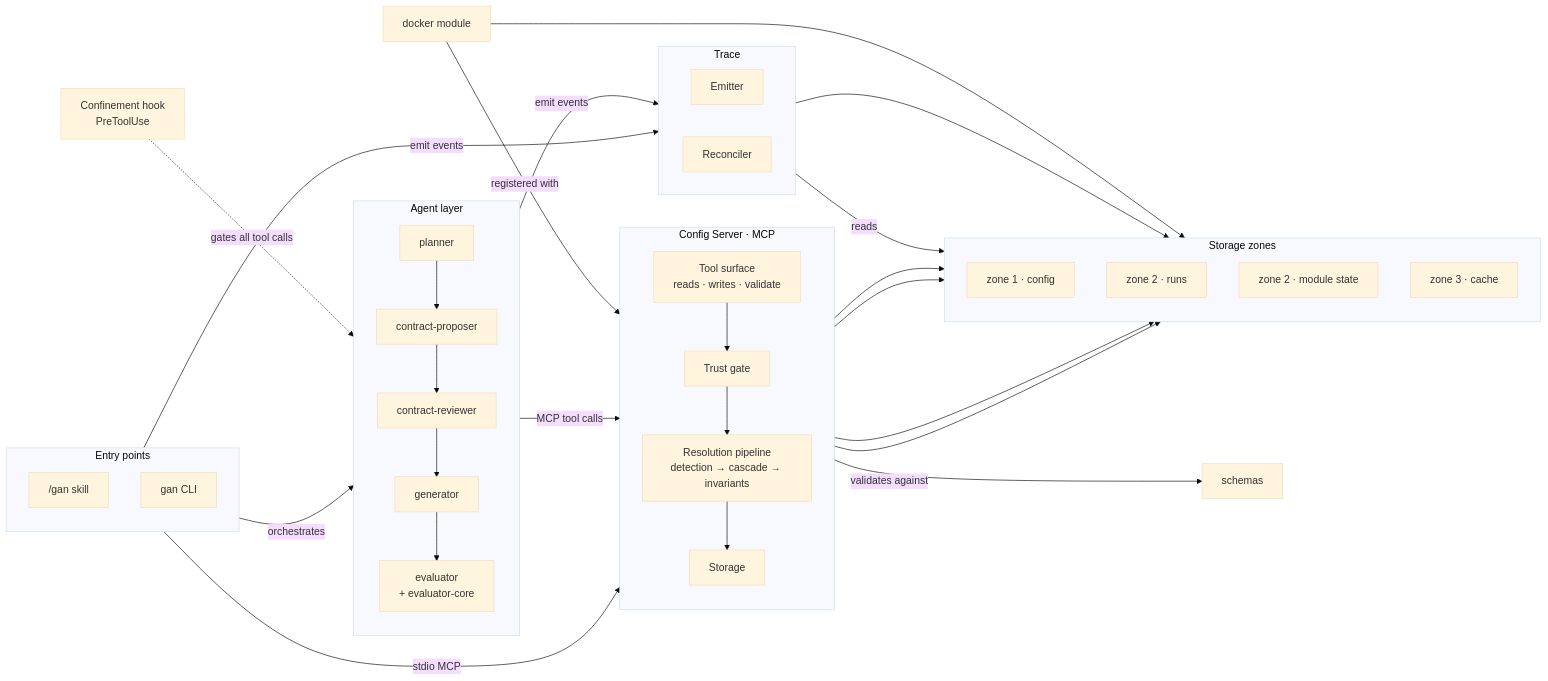
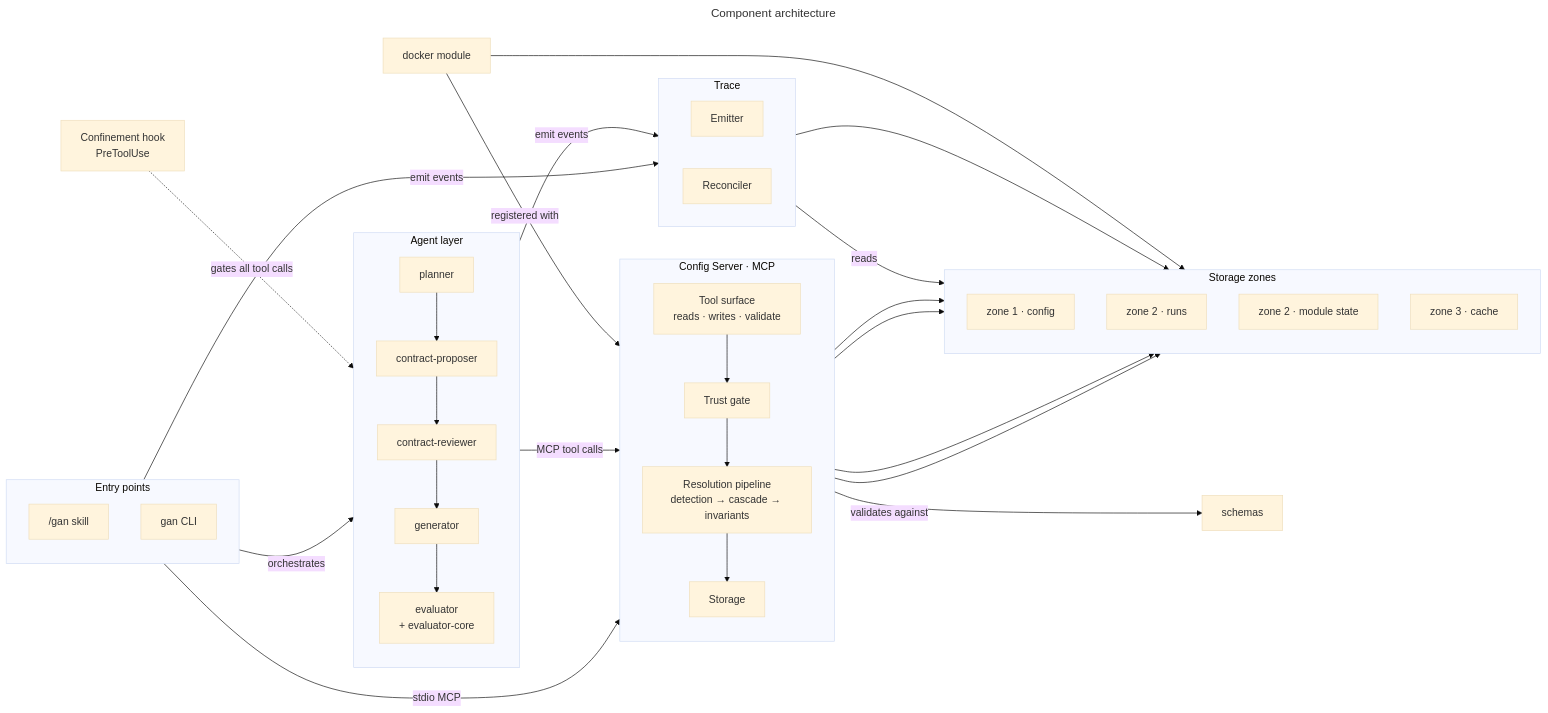
Before and after one commit to Thomas-AppForceOne/ClaudeAgents: the first of 5 diagrams in documentation/subsystem-architecture.md, drawn with Mermaid (base theme). The commit also changed other lines of this file, not shown here.

Commit message:
docs: add Mermaid title frontmatter to each diagram

````diff
--- a/documentation/subsystem-architecture.md
+++ b/documentation/subsystem-architecture.md
@@ -13,54 +13,57 @@
 ```mermaid
+---
+title: Component architecture
+---
 flowchart LR
     subgraph ENTRY["Entry points"]
         direction TB
         SKILL["/gan skill"]
         CLI["gan CLI"]
     end
 
     HOOK["Confinement hook\nPreToolUse"]
 
     subgraph AL["Agent layer"]
         direction TB
         PL["planner"] --> CP["contract-proposer"] --> CR["contract-reviewer"] --> GN["generator"] --> EV["evaluator\n+ evaluator-core"]
     end
 
     subgraph CS["Config Server · MCP"]
         direction TB
         MT["Tool surface\nreads · writes · validate"]
         TG["Trust gate"]
         RP["Resolution pipeline\ndetection → cascade → invariants"]
         ST["Storage"]
         MT --> TG --> RP --> ST
     end
 
     SCH["schemas"]
     DK["docker module"]
 
     subgraph TR["Trace"]
         direction LR
         EM["Emitter"]
         RC["Reconciler"]
     end
 
     subgraph ZN["Storage zones"]
         direction TB
         Z1["zone 1 · config"]
         Z2R["zone 2 · runs"]
         Z2M["zone 2 · module state"]
         Z3["zone 3 · cache"]
     end
 
     SKILL      -->|"orchestrates"| AL
     CLI        -->|"stdio MCP"| MT
     HOOK      -.->|"gates all tool calls"| AL
     AL         -->|"MCP tool calls"| MT
     DK         -->|"registered with"| MT
     RP         -->|"validates against"| SCH
     ST         --> Z1 & Z2R & Z2M & Z3
     SKILL      -->|"emit events"| EM
     AL         -->|"emit events"| EM
     EM         --> Z2R
     RC         -->|"reads"| Z2R
     DK         --> Z2M
 ```
````
